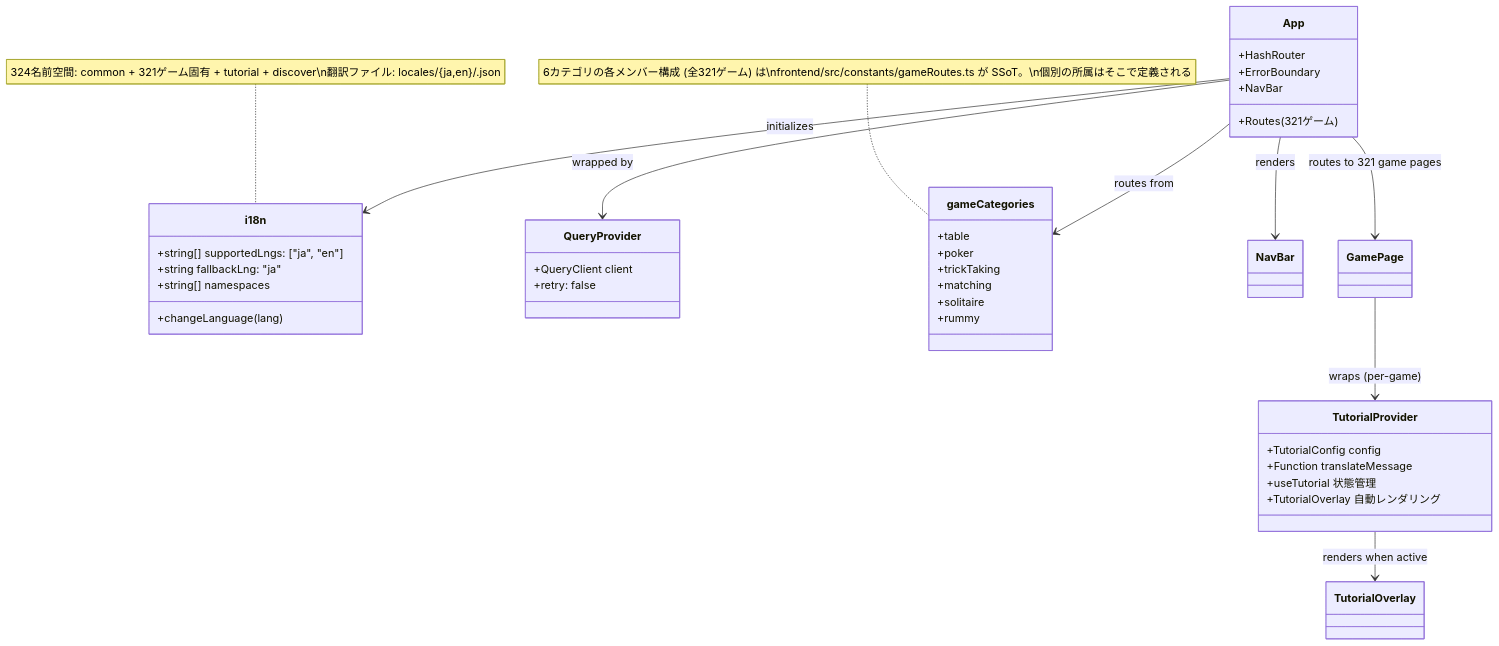
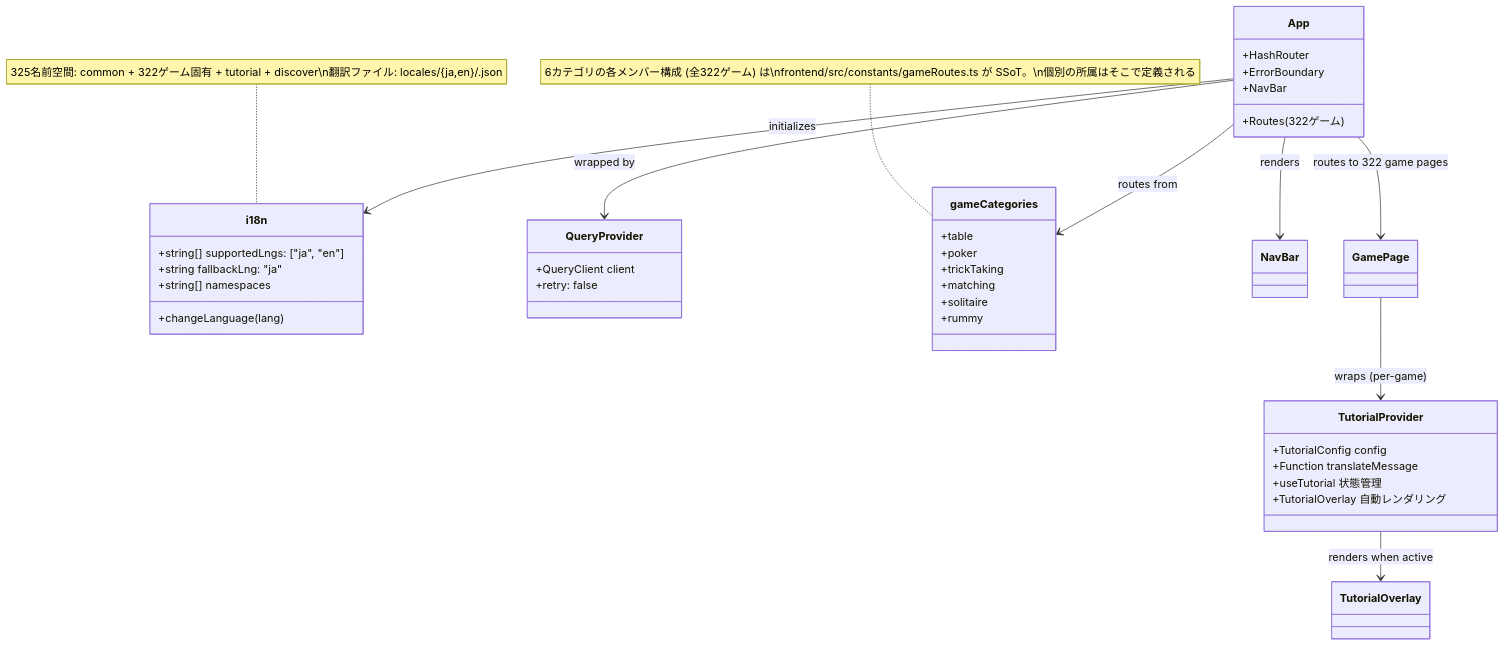
One commit to yuta-yoshinaga/go_trumpcards changed the ninth of 49 diagrams in docs/design/frontend.md. Above: the diagram before and after it, drawn with Mermaid. The commit also changed other lines of this file and 69 other files, not shown here.

````diff
--- a/docs/design/frontend.md
+++ b/docs/design/frontend.md
@@ -1874,48 +1874,48 @@
 ```mermaid
 classDiagram
     class i18n {
         +string[] supportedLngs: ["ja", "en"]
         +string fallbackLng: "ja"
         +string[] namespaces
         +changeLanguage(lang)
     }
 
     class QueryProvider {
         +QueryClient client
         +retry: false
     }
 
     class App {
         +HashRouter
         +ErrorBoundary
         +NavBar
-        +Routes (321ゲーム)
+        +Routes (322ゲーム)
     }
 
     class gameCategories {
         +table
         +poker
         +trickTaking
         +matching
         +solitaire
         +rummy
     }
-    note for gameCategories "6カテゴリの各メンバー構成 (全321ゲーム) は\nfrontend/src/constants/gameRoutes.ts が SSoT。\n個別の所属はそこで定義される"
+    note for gameCategories "6カテゴリの各メンバー構成 (全322ゲーム) は\nfrontend/src/constants/gameRoutes.ts が SSoT。\n個別の所属はそこで定義される"
 
     class TutorialProvider {
         +TutorialConfig config
         +Function translateMessage
         +useTutorial 状態管理
         +TutorialOverlay 自動レンダリング
     }
 
     App --> QueryProvider : wrapped by
     App --> i18n : initializes
     App --> gameCategories : routes from
     App --> NavBar : renders
-    App --> GamePage : routes to 321 game pages
+    App --> GamePage : routes to 322 game pages
     GamePage --> TutorialProvider : wraps (per-game)
     TutorialProvider --> TutorialOverlay : renders when active
 
-    note for i18n "324名前空間: common + 321ゲーム固有 + tutorial + discover\n翻訳ファイル: locales/{ja,en}/<game>.json"
+    note for i18n "325名前空間: common + 322ゲーム固有 + tutorial + discover\n翻訳ファイル: locales/{ja,en}/<game>.json"
 ```
````
